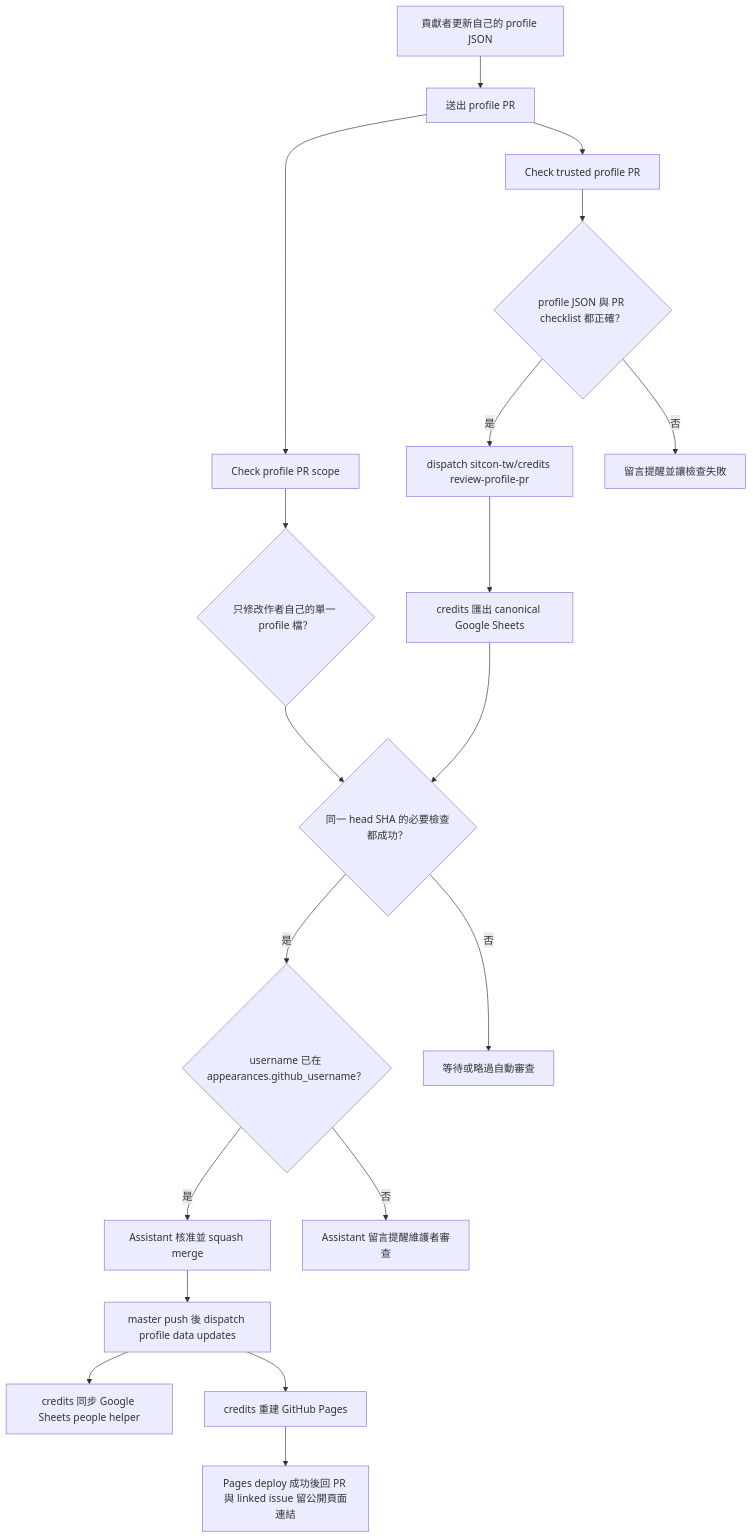
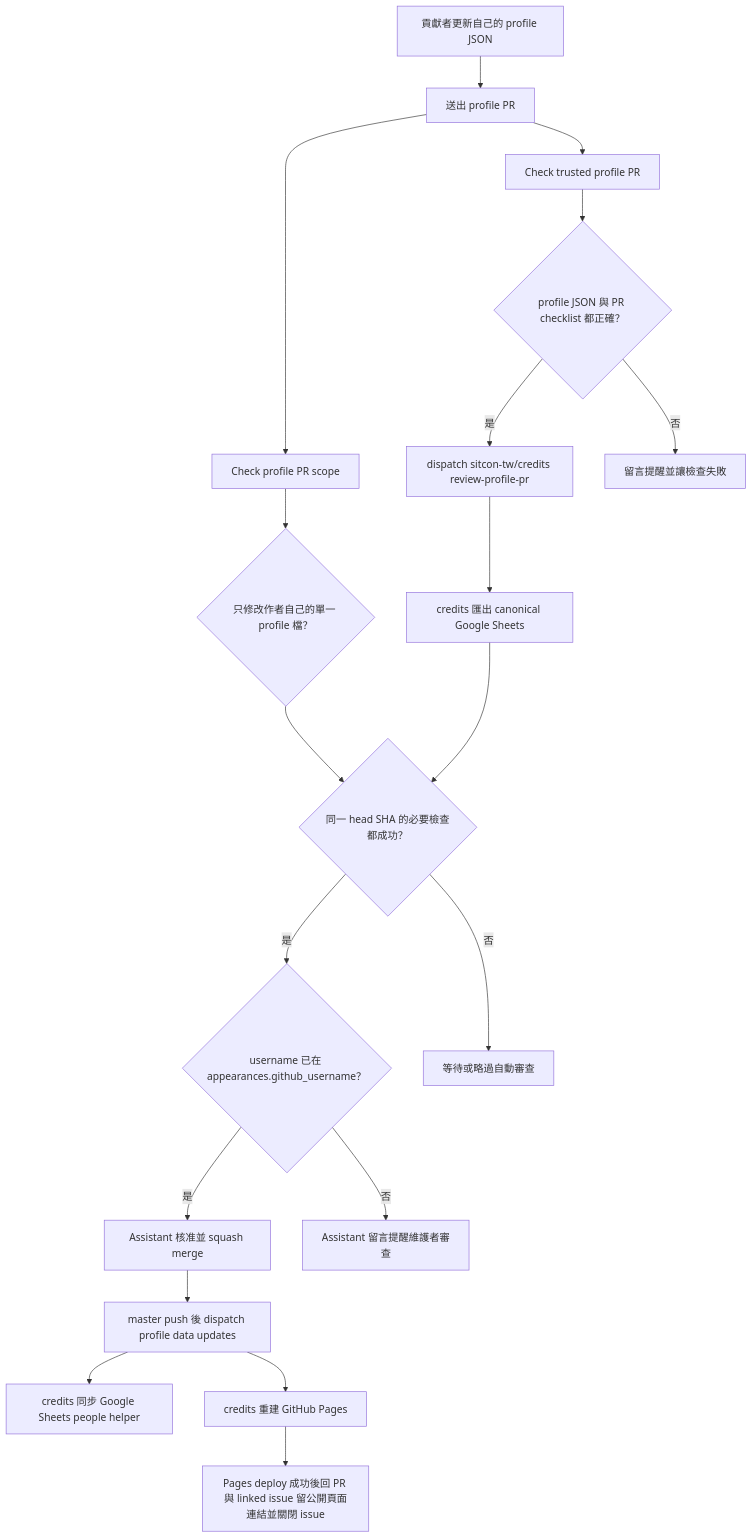
One commit to sitcon-tw/credits-profiles changed the second of 2 diagrams in docs/workflows.md. Above: the diagram before and after it, drawn with Mermaid. The commit also changed other lines of this file and 7 other files, not shown here.

````diff
--- a/docs/workflows.md
+++ b/docs/workflows.md
@@ -36,21 +36,21 @@
 ```mermaid
 flowchart TD
   contributor["貢獻者更新自己的 profile JSON"] --> pr["送出 profile PR"]
   pr --> scope["Check profile PR scope"]
   pr --> trusted["Check trusted profile PR"]
   trusted --> checklist{"profile JSON 與 PR checklist 都正確？"}
   scope --> owner{"只修改作者自己的單一 profile 檔？"}
   checklist -->|是| dispatch["dispatch sitcon-tw/credits review-profile-pr"]
   checklist -->|否| reminder["留言提醒並讓檢查失敗"]
   dispatch --> canonical["credits 匯出 canonical Google Sheets"]
   canonical --> required{"同一 head SHA 的必要檢查都成功？"}
   owner --> required
   required -->|是| appearance{"username 已在 appearances.github_username？"}
   required -->|否| waitOrSkip["等待或略過自動審查"]
   appearance -->|是| merge["Assistant 核准並 squash merge"]
   appearance -->|否| comment["Assistant 留言提醒維護者審查"]
   merge --> sync["master push 後 dispatch profile data updates"]
   sync --> people["credits 同步 Google Sheets people helper"]
   sync --> pages["credits 重建 GitHub Pages"]
-  pages --> published["Pages deploy 成功後回 PR 與 linked issue 留公開頁面連結"]
+  pages --> published["Pages deploy 成功後回 PR 與 linked issue 留公開頁面連結並關閉 issue"]
 ```
````
